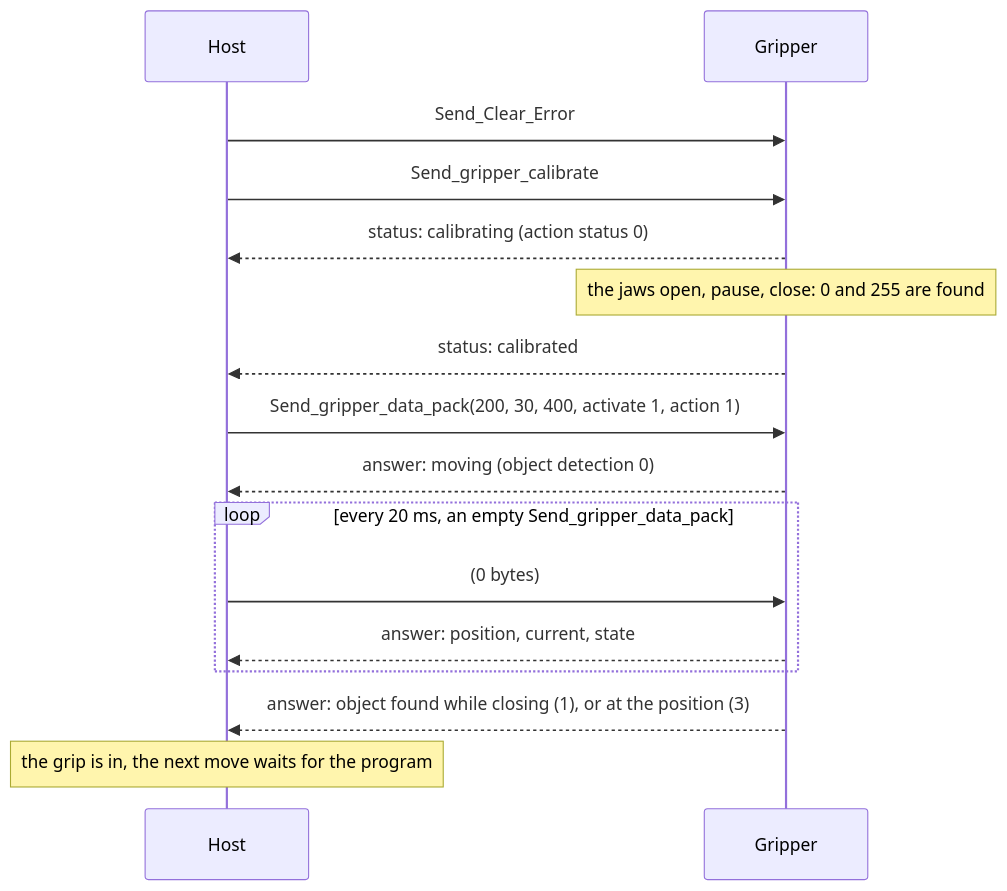
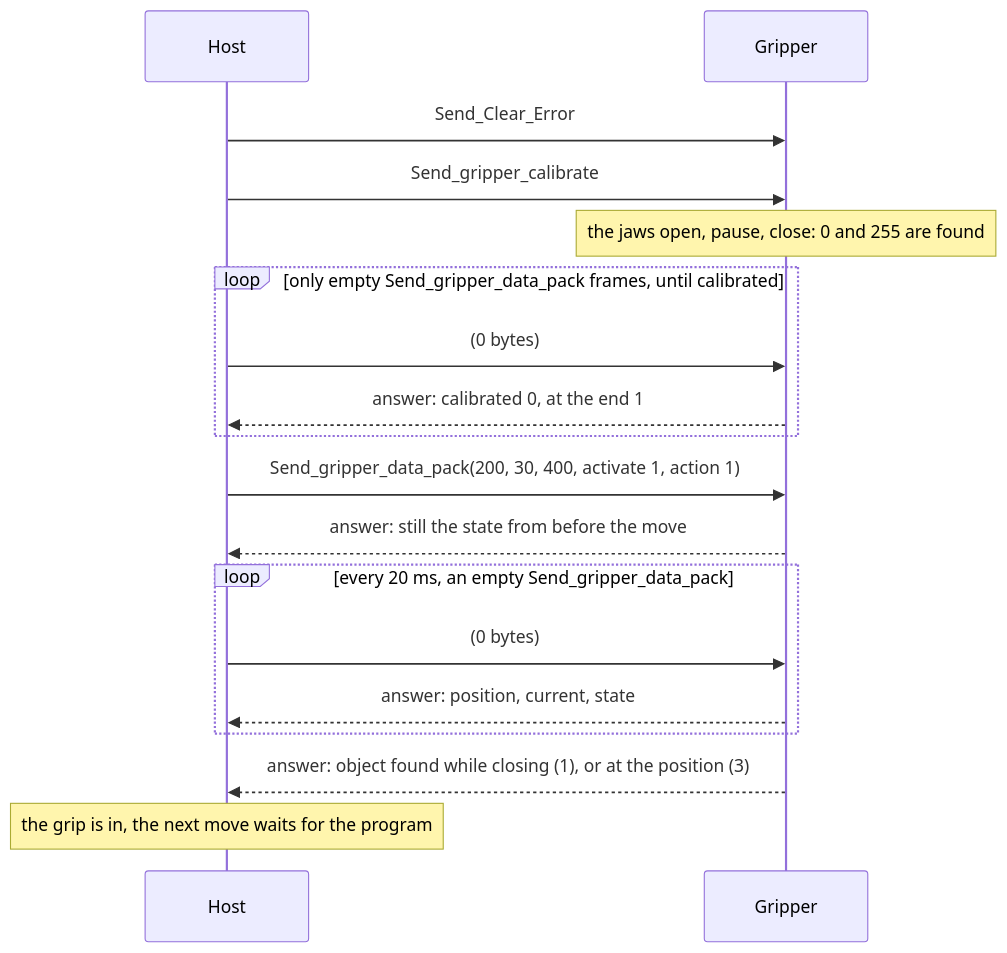
The second of 2 diagrams in docs/06-operation/how-it-works.md (Source-Robotics/MSG-gripper-docs), drawn with Mermaid before and after one commit. The commit also changed other lines of this file and 33 other files, not shown here.

````diff
--- a/docs/06-operation/how-it-works.md
+++ b/docs/06-operation/how-it-works.md
@@ -106,18 +123,20 @@
 ```mermaid
 sequenceDiagram
     participant H as Host
     participant G as Gripper
     H->>G: Send_Clear_Error
     H->>G: Send_gripper_calibrate
-    G-->>H: status: calibrating (action status 0)
     Note over G: the jaws open, pause, close: 0 and 255 are found
-    G-->>H: status: calibrated
+    loop only empty Send_gripper_data_pack frames, until calibrated
+        H->>G: (0 bytes)
+        G-->>H: answer: calibrated 0, at the end 1
+    end
     H->>G: Send_gripper_data_pack(200, 30, 400, activate 1, action 1)
-    G-->>H: answer: moving (object detection 0)
+    G-->>H: answer: still the state from before the move
     loop every 20 ms, an empty Send_gripper_data_pack
         H->>G: (0 bytes)
         G-->>H: answer: position, current, state
     end
     G-->>H: answer: object found while closing (1), or at the position (3)
     Note over H: the grip is in, the next move waits for the program
 ```
````
